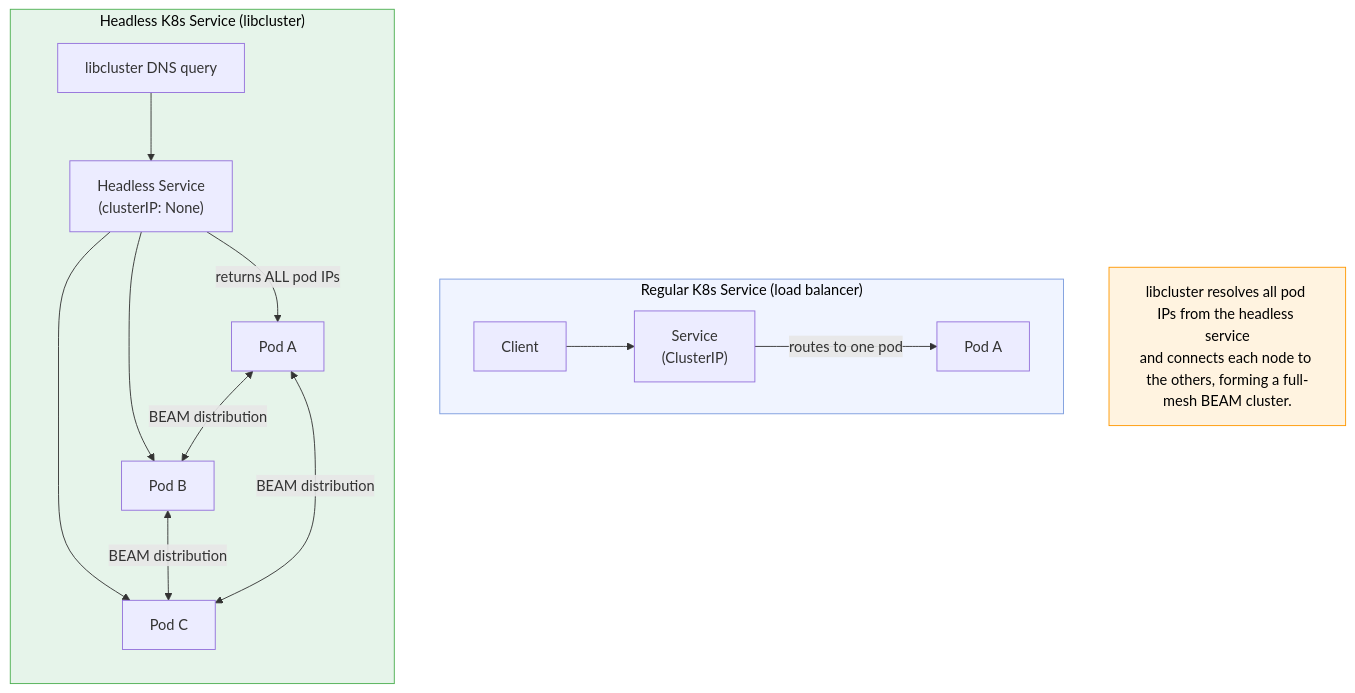
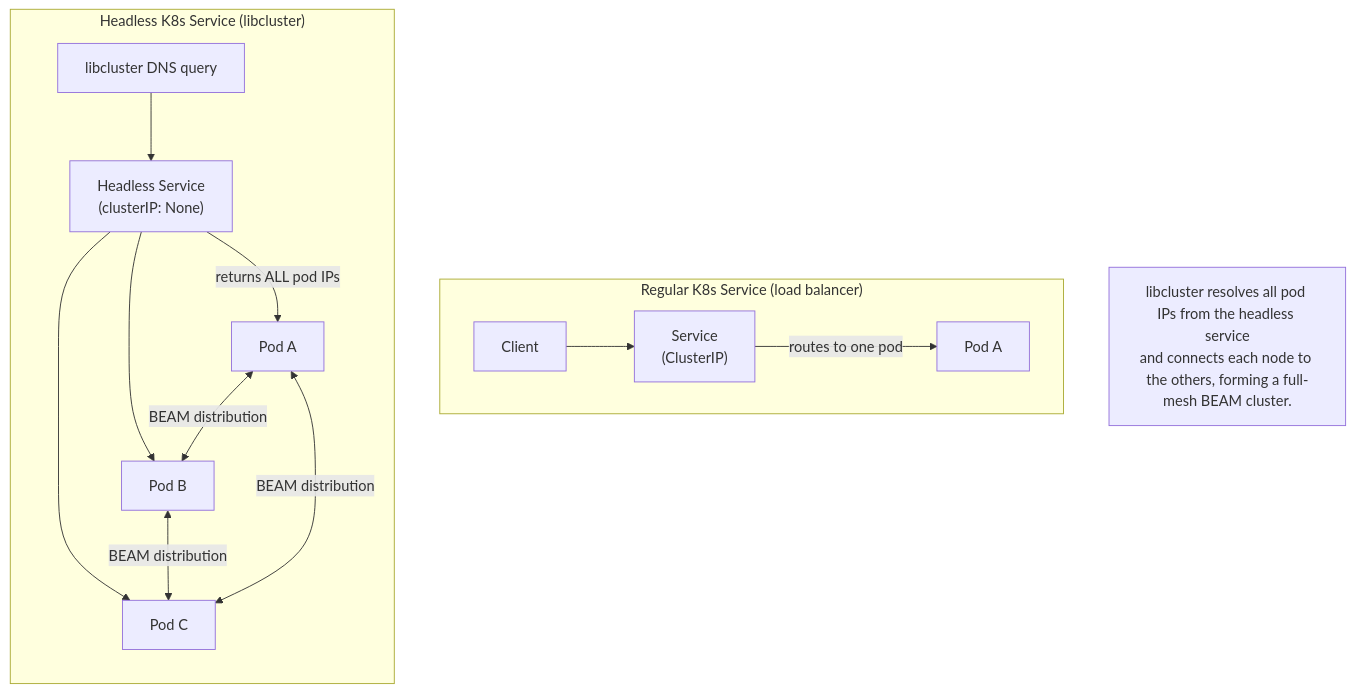
One commit to bchassoul/notes changed diagram 20 of 24 in docs/notes/genstage-broadway-ai.md. Above: the diagram before and after it, drawn with Mermaid. The commit also changed other lines of this file and 9 other files, not shown here.

Commit message:
Add diagrams and visual improvements across all notes

````diff
--- a/docs/notes/genstage-broadway-ai.md
+++ b/docs/notes/genstage-broadway-ai.md
@@ -1860,25 +1833,22 @@
 ```mermaid
 flowchart TD
     subgraph Regular["Regular K8s Service (load balancer)"]
         direction LR
         C1["Client"] --> SVC["Service\n(ClusterIP)"]
         SVC -->|"routes to one pod"| PA1["Pod A"]
     end
 
     subgraph Headless["Headless K8s Service (libcluster)"]
         direction TB
         DNS["libcluster DNS query"] --> HSVC["Headless Service\n(clusterIP: None)"]
         HSVC -->|"returns ALL pod IPs"| PA["Pod A"]
         HSVC --> PB["Pod B"]
         HSVC --> PC["Pod C"]
         PA <-->|"BEAM distribution"| PB
         PB <-->|"BEAM distribution"| PC
         PA <-->|"BEAM distribution"| PC
     end
 
     note["libcluster resolves all pod IPs from the headless service\nand connects each node to the others, forming a full-mesh BEAM cluster."]
 
-    style Regular fill:#f0f4ff,stroke:#7b9cde,color:#000
-    style Headless fill:#e6f4ea,stroke:#4caf50,color:#000
-    style note fill:#fff3e0,stroke:#ff9800,color:#000
 ```
````
